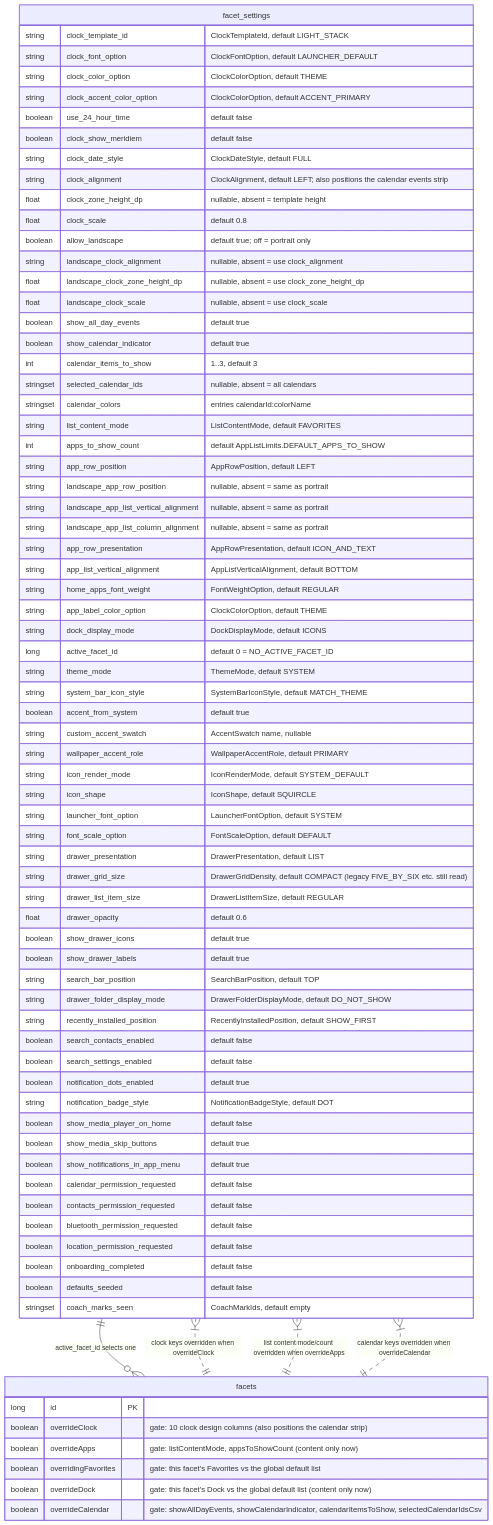
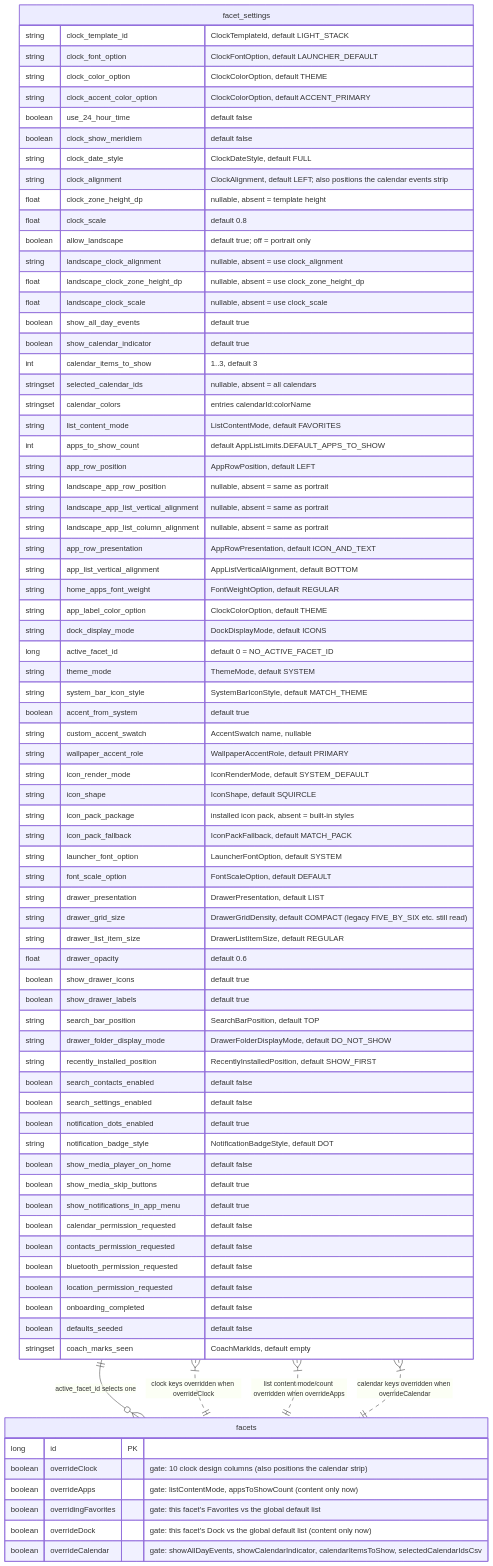
One commit to rohitganjam/facet-launcher changed the third of 3 diagrams in docs/architecture/02-persistence-room.md. Above: the diagram before and after it, drawn with Mermaid. The commit also changed other lines of this file and 46 other files, not shown here.

First line of the commit message:
Add icon pack support

```diff
--- a/docs/architecture/02-persistence-room.md
+++ b/docs/architecture/02-persistence-room.md
@@ -417,6 +417,8 @@
         string wallpaper_accent_role "WallpaperAccentRole, default PRIMARY"
         string icon_render_mode "IconRenderMode, default SYSTEM_DEFAULT"
         string icon_shape "IconShape, default SQUIRCLE"
+        string icon_pack_package "installed icon pack, absent = built-in styles"
+        string icon_pack_fallback "IconPackFallback, default MATCH_PACK"
         string launcher_font_option "LauncherFontOption, default SYSTEM"
         string font_scale_option "FontScaleOption, default DEFAULT"
         string drawer_presentation "DrawerPresentation, default LIST"
```
